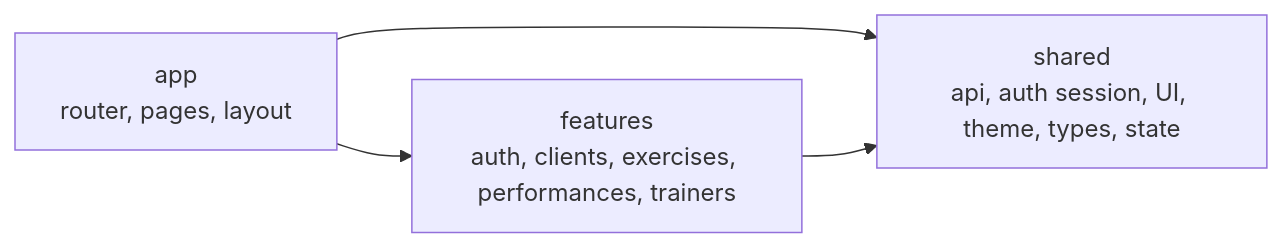
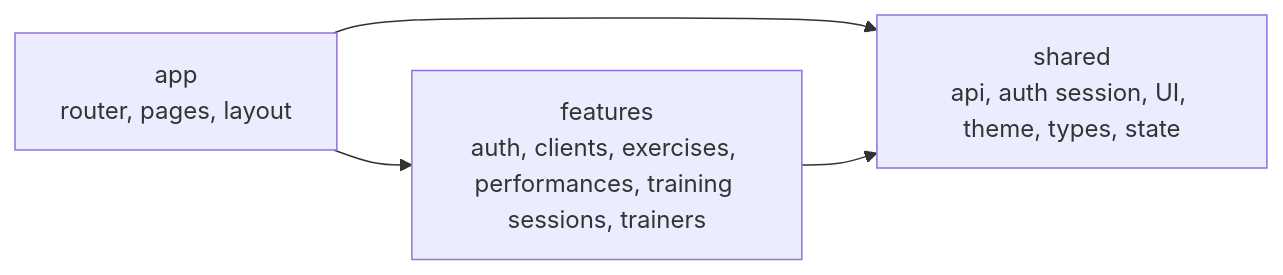
The second of 2 diagrams in README.md (dferrandezsanchez/MyWorkoutBox), drawn with Mermaid before and after one commit. The commit also changed other lines of this file and 50 other files, not shown here.

````diff
--- a/README.md
+++ b/README.md
@@ -93,10 +97,10 @@
 ```mermaid
 flowchart LR
   App[app<br/>router, pages, layout]
-  Features[features<br/>auth, clients, exercises, performances, trainers]
+  Features[features<br/>auth, clients, exercises, performances, training sessions, trainers]
   Shared[shared<br/>api, auth session, UI, theme, types, state]
 
   App --> Features
   App --> Shared
   Features --> Shared
 ```
````
